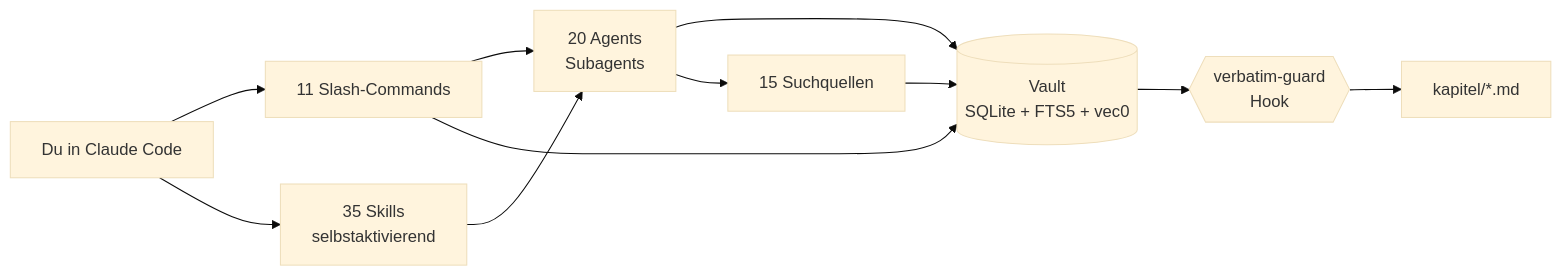
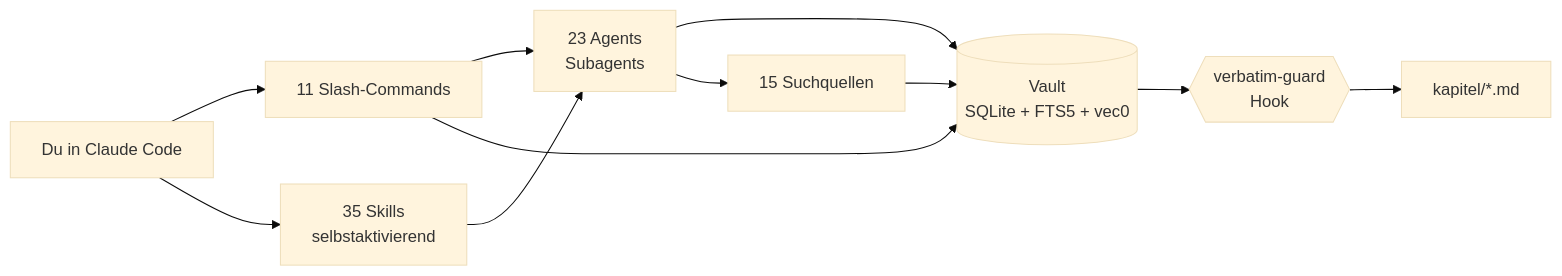
The diagram in README.md (ahlerjam/academic-research), drawn with Mermaid (base theme) before and after one commit. The commit also changed other lines of this file and 25 other files, not shown here.

````diff
--- a/README.md
+++ b/README.md
@@ -76,13 +76,13 @@
 ```mermaid
 graph LR
     U[Du in Claude Code] --> C[11 Slash-Commands]
     U --> S[35 Skills<br/>selbstaktivierend]
-    C --> A[20 Agents<br/>Subagents]
+    C --> A[23 Agents<br/>Subagents]
     S --> A
     A --> V[(Vault<br/>SQLite + FTS5 + vec0)]
     C --> V
     A --> Q[15 Suchquellen]
     Q --> V
     V --> H{{verbatim-guard<br/>Hook}}
     H --> K[kapitel/*.md]
 ```
````
